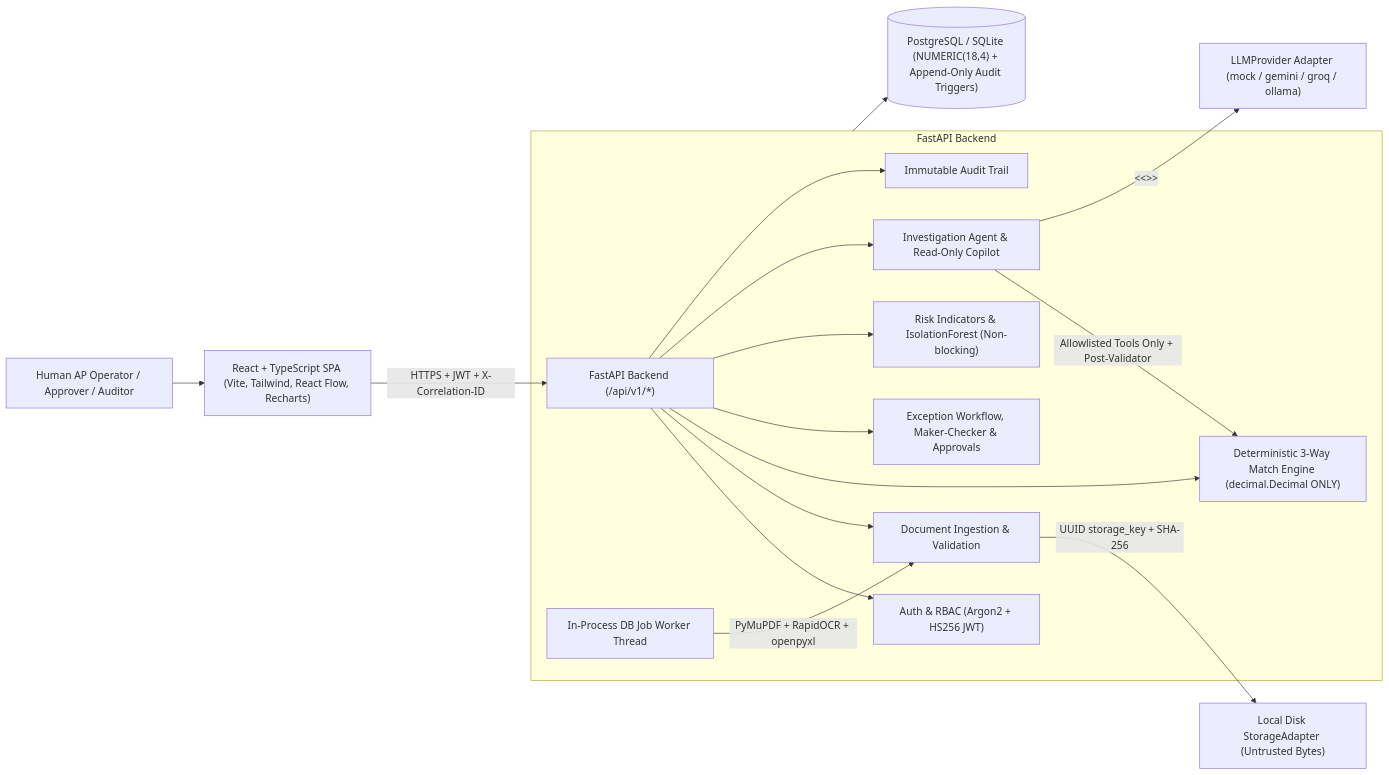
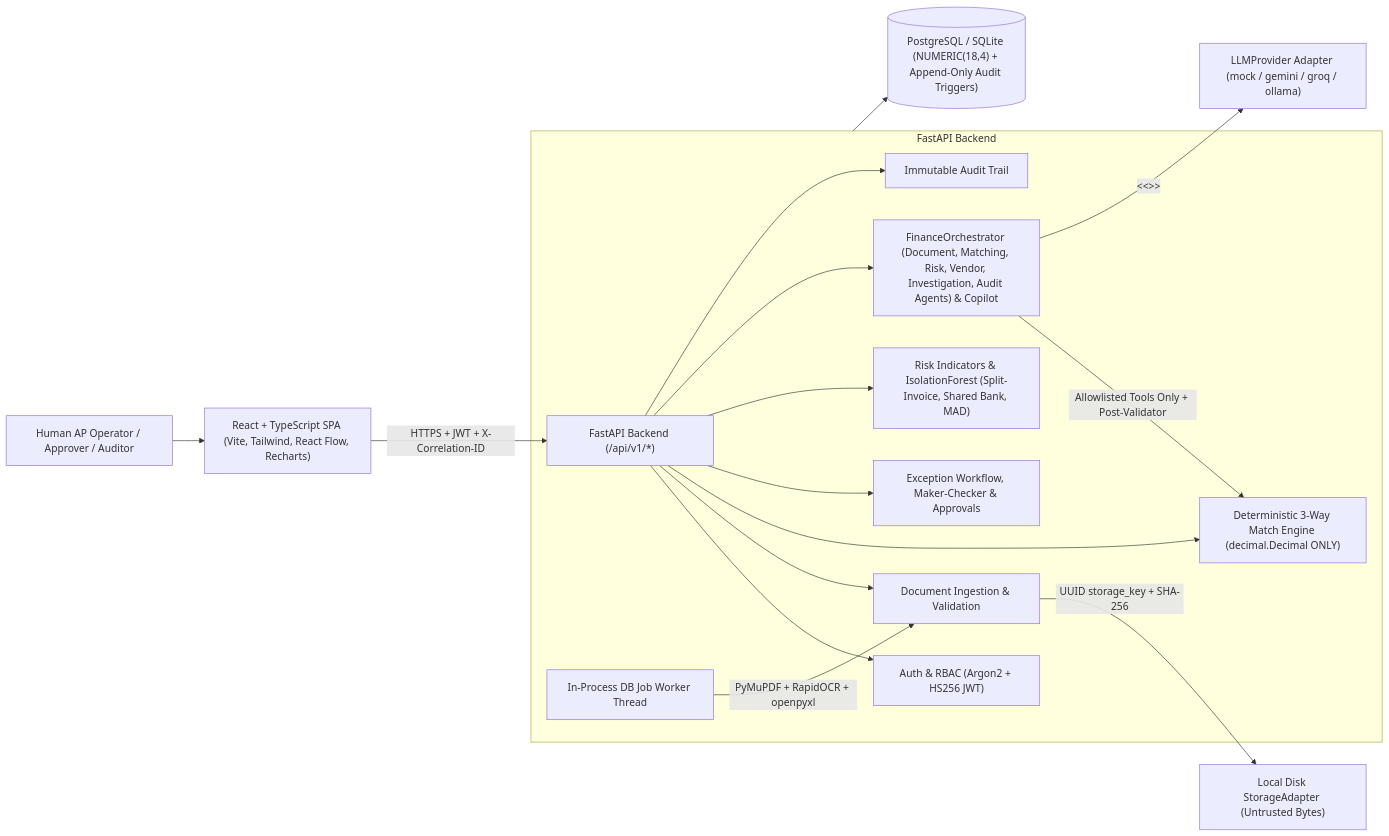
One commit to aadi-learner77/ReconX changed the diagram in docs/architecture.md. Above: the diagram before and after it, drawn with Mermaid. The commit also changed other lines of this file and 24 other files, not shown here.

````diff
--- a/docs/architecture.md
+++ b/docs/architecture.md
@@ -7,23 +7,23 @@
 ```mermaid
 flowchart LR
     U["Human AP Operator / Approver / Auditor"] --> FE["React + TypeScript SPA (Vite, Tailwind, React Flow, Recharts)"]
     FE -->|"HTTPS + JWT + X-Correlation-ID"| API["FastAPI Backend (/api/v1/*)"]
 
     subgraph Core["FastAPI Backend"]
         AUTH["Auth & RBAC (Argon2 + HS256 JWT)"]
         API --> AUTH
         API --> DOC["Document Ingestion & Validation"]
         API --> RECON["Deterministic 3-Way Match Engine (decimal.Decimal ONLY)"]
         API --> WF["Exception Workflow, Maker-Checker & Approvals"]
-        API --> RISK["Risk Indicators & IsolationForest (Non-blocking)"]
-        API --> AGENT["Investigation Agent & Read-Only Copilot"]
+        API --> RISK["Risk Indicators & IsolationForest (Split-Invoice, Shared Bank, MAD)"]
+        API --> AGENT["FinanceOrchestrator (Document, Matching, Risk, Vendor, Investigation, Audit Agents) & Copilot"]
         API --> AUDIT["Immutable Audit Trail"]
         WORKER["In-Process DB Job Worker Thread"]
     end
 
     DOC -->|"UUID storage_key + SHA-256"| STORE["Local Disk StorageAdapter (Untrusted Bytes)"]
     WORKER -->|"PyMuPDF + RapidOCR + openpyxl"| DOC
     AGENT -->|"Allowlisted Tools Only + Post-Validator"| RECON
     AGENT -->|"<<<UNTRUSTED_DOCUMENT_CONTENT>>>"| LLM["LLMProvider Adapter (mock / gemini / groq / ollama)"]
     Core --> DB[("PostgreSQL / SQLite (NUMERIC(18,4) + Append-Only Audit Triggers)")]
 ```
````
